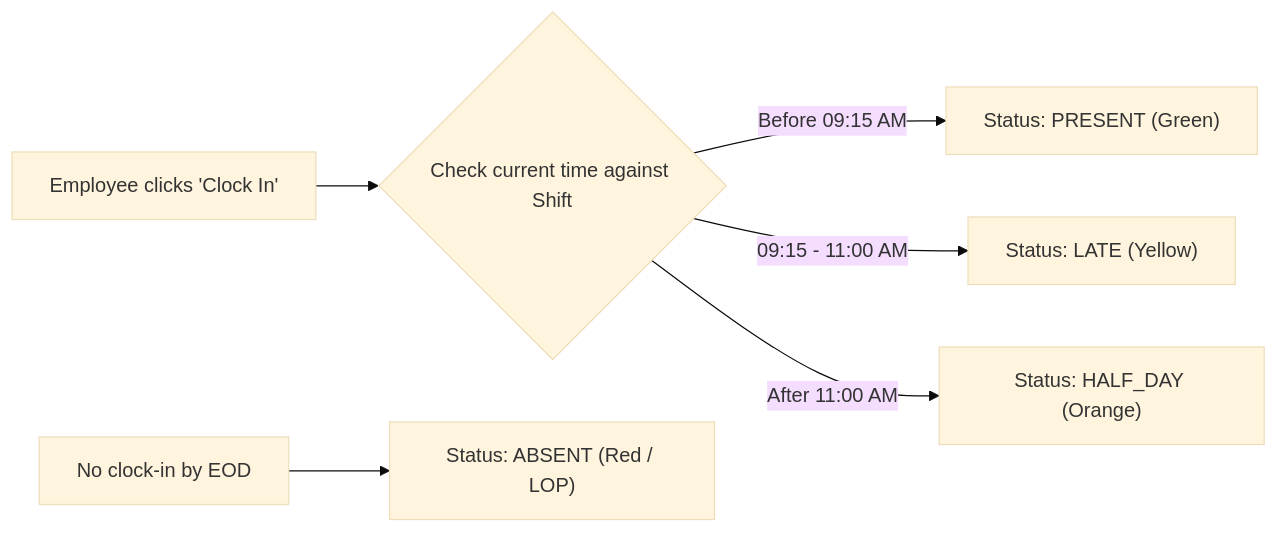
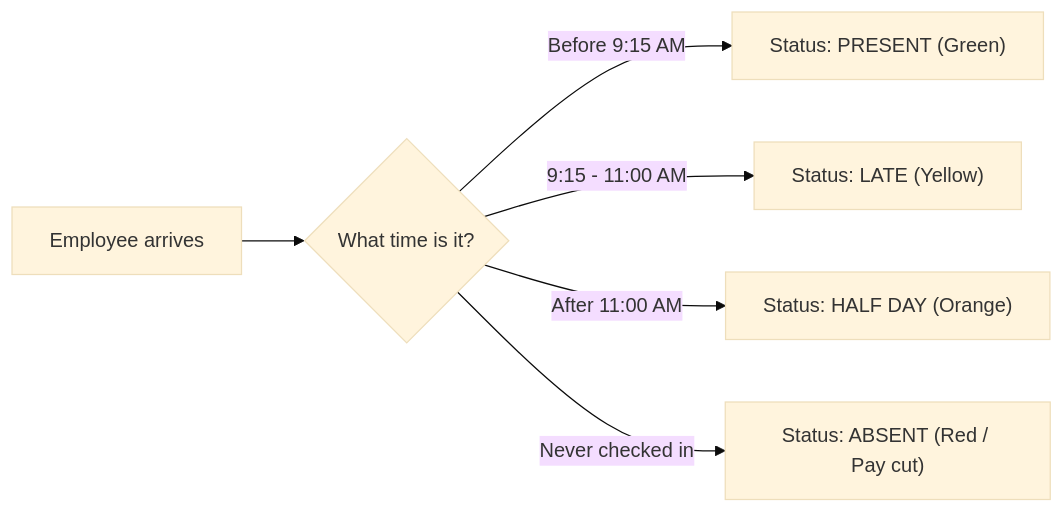
The sixth of 7 diagrams in docs/INSTRUCTION_AND_DEMO_GUIDE.md (pradhan-not-found/Software-Engineering-Project), drawn with Mermaid (base theme) before and after one commit. The commit also changed other lines of this file, not shown here.

````diff
--- a/docs/INSTRUCTION_AND_DEMO_GUIDE.md
+++ b/docs/INSTRUCTION_AND_DEMO_GUIDE.md
@@ -258,8 +255,8 @@
 ```mermaid
 flowchart LR
-    ClockIn["Employee clicks 'Clock In'"] --> CheckTime{"Check current time against Shift"}
-    CheckTime -- Before 09:15 AM --> Present["Status: PRESENT (Green)"]
-    CheckTime -- 09:15 - 11:00 AM --> Late["Status: LATE (Yellow)"]
-    CheckTime -- After 11:00 AM --> HalfDay["Status: HALF_DAY (Orange)"]
-    NoClockIn["No clock-in by EOD"] --> Absent["Status: ABSENT (Red / LOP)"]
+    Morning["Employee arrives"] --> Time{"What time is it?"}
+    Time -- "Before 9:15 AM" --> P["Status: PRESENT (Green)"]
+    Time -- "9:15 - 11:00 AM" --> L["Status: LATE (Yellow)"]
+    Time -- "After 11:00 AM" --> H["Status: HALF DAY (Orange)"]
+    Time -- "Never checked in" --> A["Status: ABSENT (Red / Pay cut)"]
 ```
````
